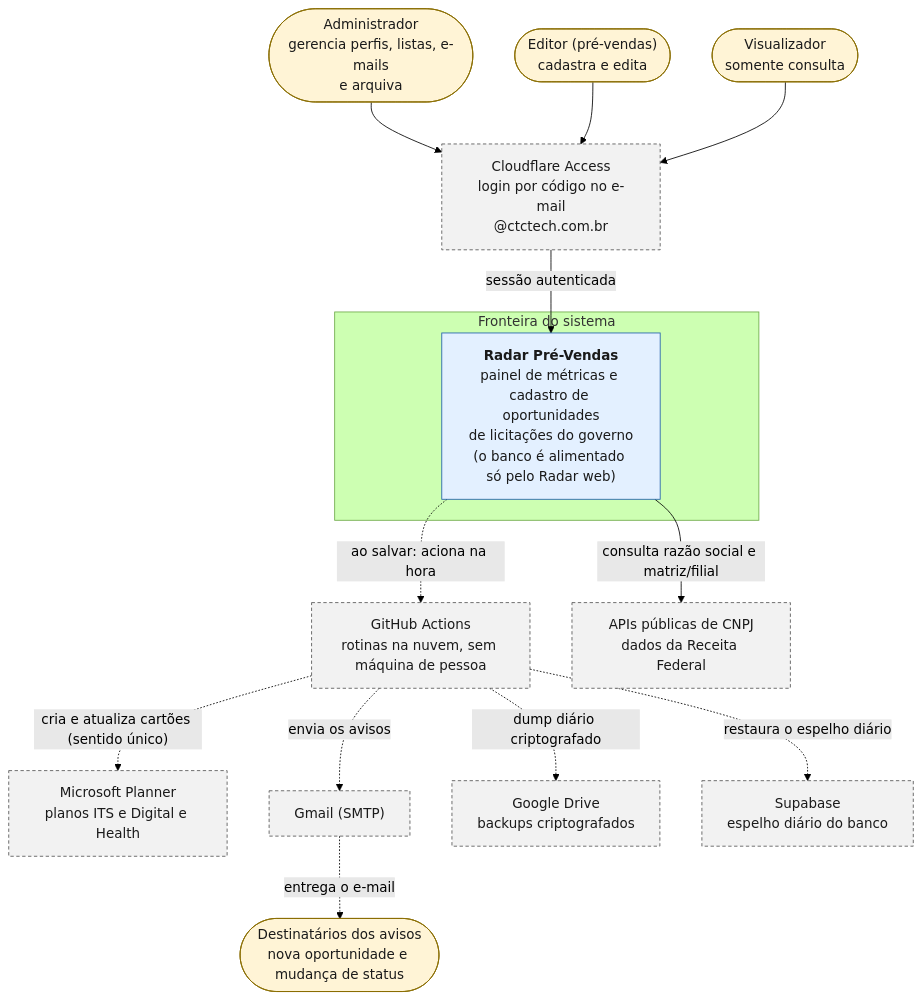
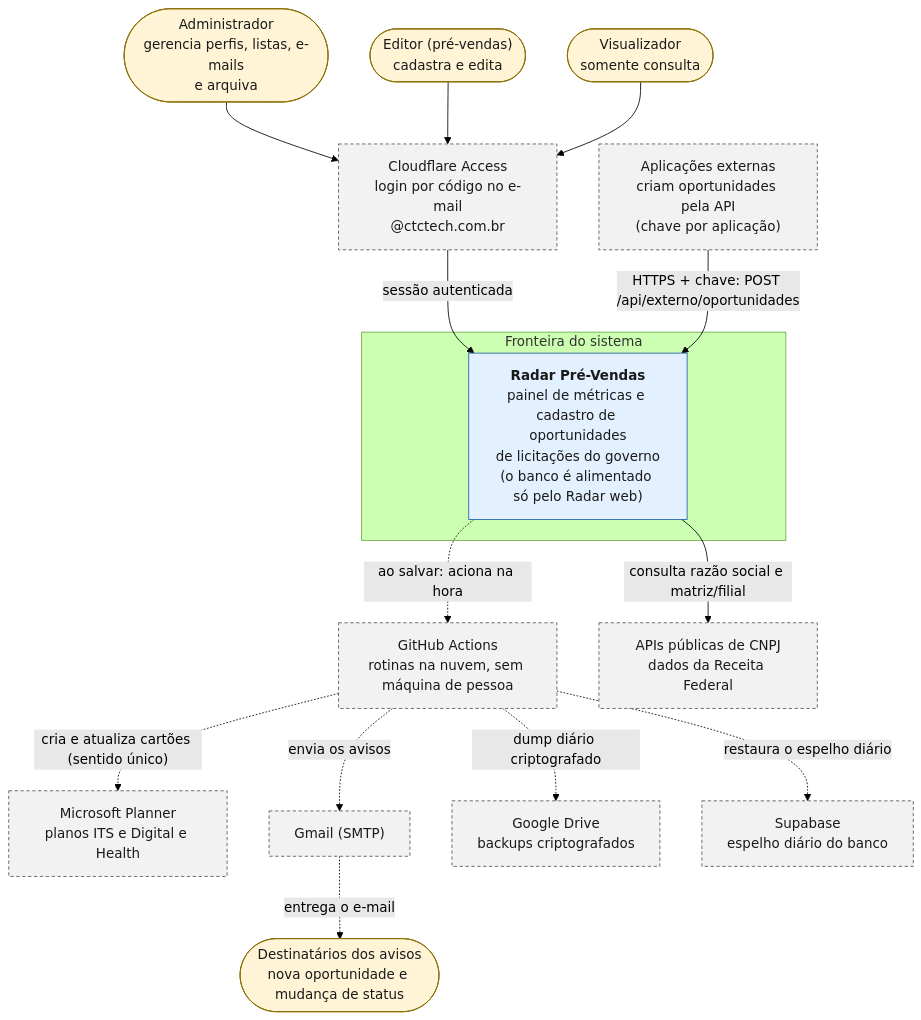
Before and after one commit to agentanalisedegoverno-svg/dashboard-metrics-team: the second of 22 diagrams in docs/DIAGRAMAS.md, drawn with Mermaid (forest theme). The commit also changed other lines of this file and 12 other files, not shown here.

Commit message:
docs: API externa nos diagramas (D1, D2, D4, D17, D18, D19), arquitetura, operação, roadmap e cadastro

````diff
--- a/docs/DIAGRAMAS.md
+++ b/docs/DIAGRAMAS.md
@@ -57,36 +57,38 @@
 ```mermaid
 flowchart TB
   classDef pessoa fill:#fff4d6,stroke:#8a6d00,color:#1a1a1a
   classDef interno fill:#e3f0ff,stroke:#1f5fa8,color:#1a1a1a
   classDef externo fill:#f2f2f2,stroke:#555555,stroke-dasharray:4 3,color:#1a1a1a
 
   adm(["Administrador<br/>gerencia perfis, listas, e-mails<br/>e arquiva"]):::pessoa
   edt(["Editor (pré-vendas)<br/>cadastra e edita"]):::pessoa
   vis(["Visualizador<br/>somente consulta"]):::pessoa
   dest(["Destinatários dos avisos<br/>nova oportunidade e mudança de status"]):::pessoa
 
   access["Cloudflare Access<br/>login por código no e-mail<br/>@ctctech.com.br"]:::externo
 
   subgraph fronteira["Fronteira do sistema"]
     radar["<b>Radar Pré-Vendas</b><br/>painel de métricas e cadastro de oportunidades<br/>de licitações do governo<br/>(o banco é alimentado só pelo Radar web)"]:::interno
   end
 
   gh["GitHub Actions<br/>rotinas na nuvem, sem máquina de pessoa"]:::externo
+  ext["Aplicações externas<br/>criam oportunidades pela API<br/>(chave por aplicação)"]:::externo
   planner["Microsoft Planner<br/>planos ITS e Digital e Health"]:::externo
   gmail["Gmail (SMTP)"]:::externo
   receita["APIs públicas de CNPJ<br/>dados da Receita Federal"]:::externo
   drive["Google Drive<br/>backups criptografados"]:::externo
   supa["Supabase<br/>espelho diário do banco"]:::externo
 
   adm --> access
   edt --> access
   vis --> access
   access -->|"sessão autenticada"| radar
+  ext -->|"HTTPS + chave: POST /api/externo/oportunidades"| radar
   radar -->|"consulta razão social e matriz/filial"| receita
   radar -.->|"ao salvar: aciona na hora"| gh
   gh -.->|"cria e atualiza cartões (sentido único)"| planner
   gh -.->|"envia os avisos"| gmail
   gmail -.->|"entrega o e-mail"| dest
   gh -.->|"dump diário criptografado"| drive
   gh -.->|"restaura o espelho diário"| supa
 ```
````
